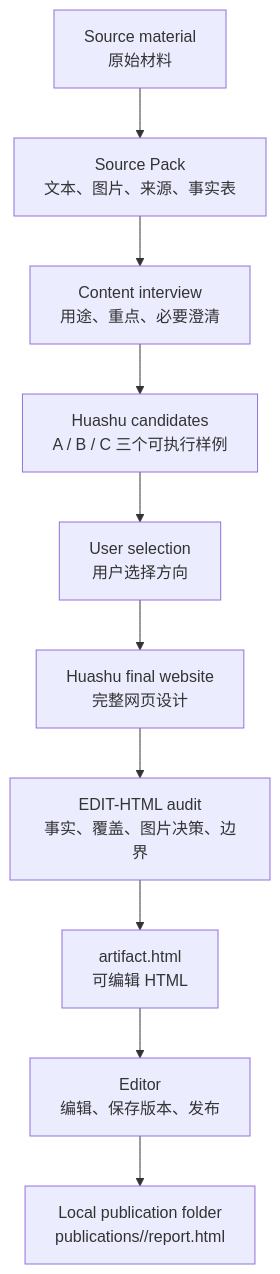
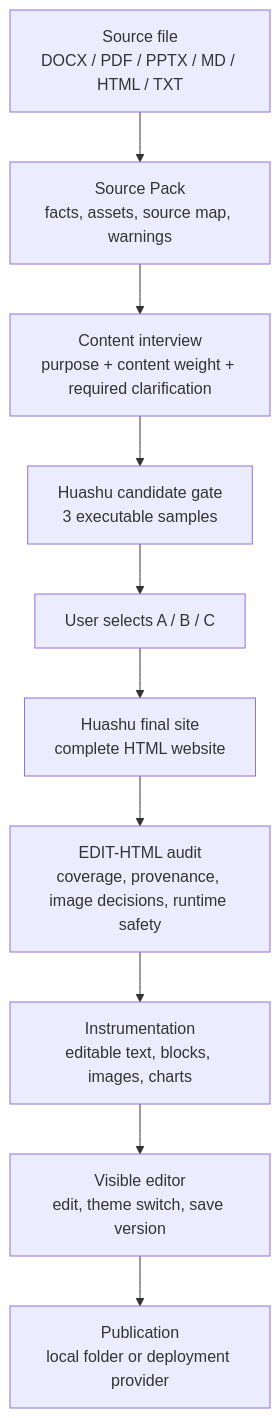
One commit to edchwx-lang/EDIT-HTML changed the diagram in README.md. Above: the diagram before and after it, drawn with Mermaid. The commit also changed other lines of this file and 7 other files, not shown here.

````diff
--- a/README.md
+++ b/README.md
@@ -29,12 +25,12 @@
 ```mermaid
 flowchart TD
-  A["Source material<br/>原始材料"] --> B["Source Pack<br/>文本、图片、来源、事实表"]
-  B --> C["Content interview<br/>用途、重点、必要澄清"]
-  C --> D["Huashu candidates<br/>A / B / C 三个可执行样例"]
-  D --> E["User selection<br/>用户选择方向"]
-  E --> F["Huashu final website<br/>完整网页设计"]
-  F --> G["EDIT-HTML audit<br/>事实、覆盖、图片决策、边界"]
-  G --> H["artifact.html<br/>可编辑 HTML"]
-  H --> I["Editor<br/>编辑、保存版本、发布"]
-  I --> J["Local publication folder<br/>publications/<id>/report.html"]
+  A["Source file<br/>DOCX / PDF / PPTX / MD / HTML / TXT"] --> B["Source Pack<br/>facts, assets, source map, warnings"]
+  B --> C["Content interview<br/>purpose + content weight + required clarification"]
+  C --> D["Huashu candidate gate<br/>3 executable samples"]
+  D --> E["User selects A / B / C"]
+  E --> F["Huashu final site<br/>complete HTML website"]
+  F --> G["EDIT-HTML audit<br/>coverage, provenance, image decisions, runtime safety"]
+  G --> H["Instrumentation<br/>editable text, blocks, images, charts"]
+  H --> I["Visible editor<br/>edit, theme switch, save version"]
+  I --> J["Publication<br/>local folder or deployment provider"]
 ```
````
